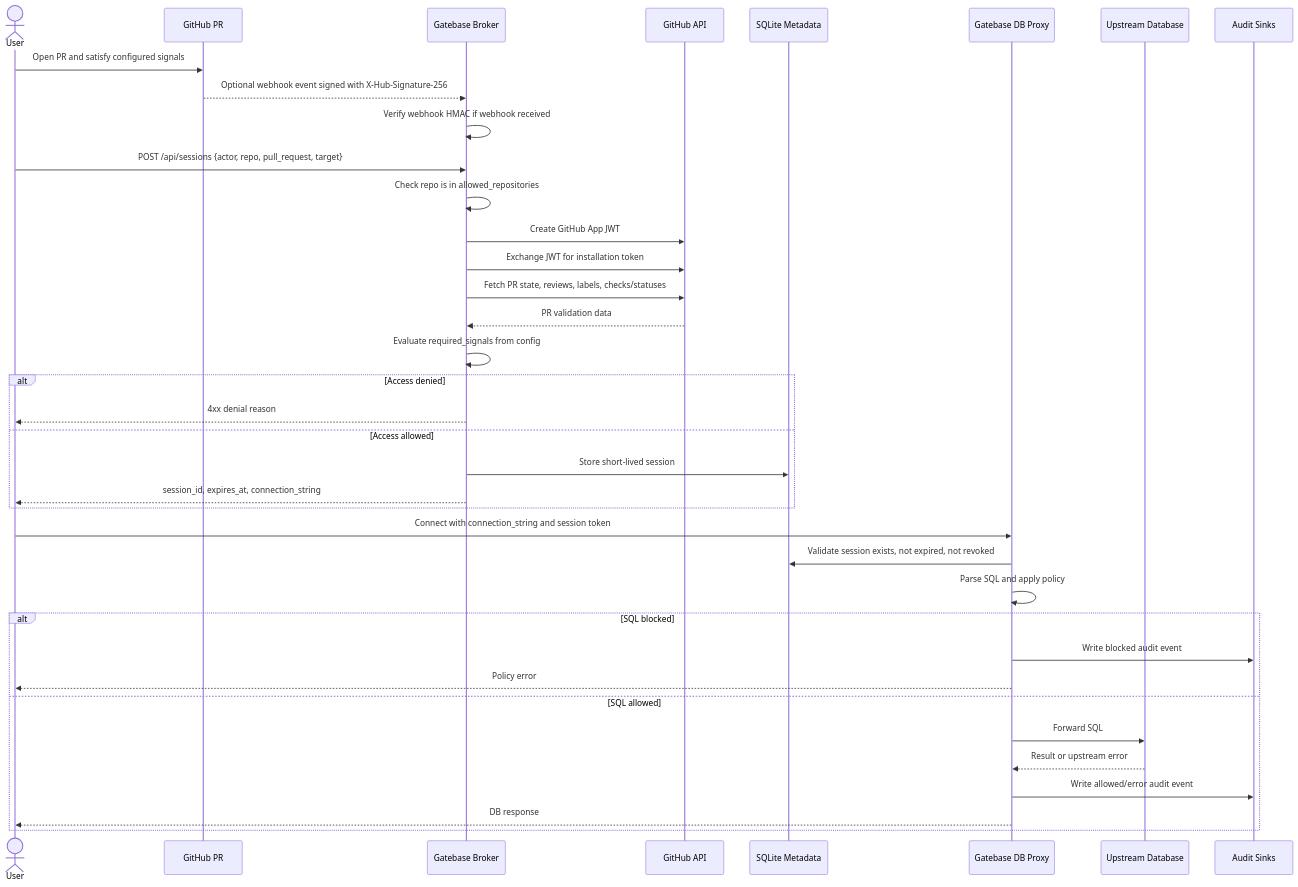
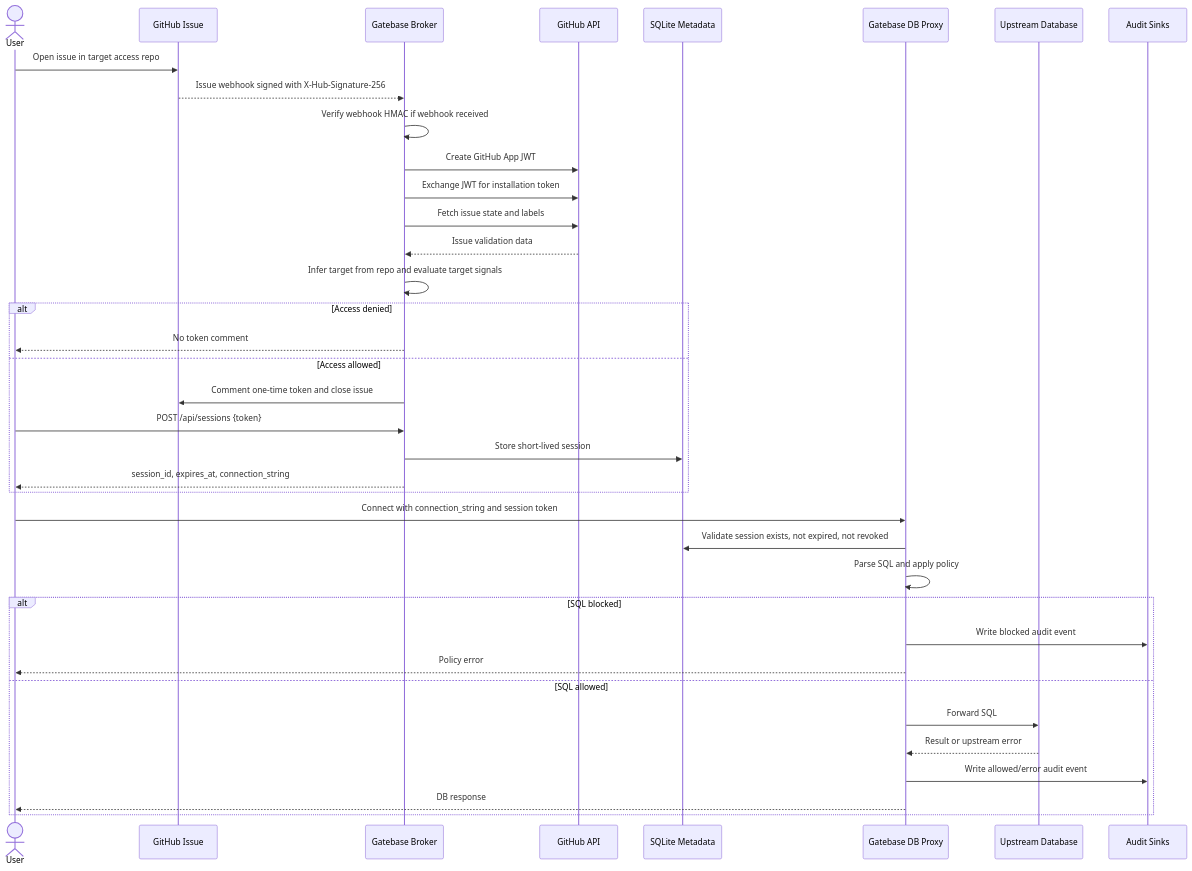
Before and after one commit to ter-net-in/gatebase: the second of 3 diagrams in docs/vps-setup.md, drawn with Mermaid. The commit also changed other lines of this file and 65 other files, not shown here.

First line of the commit message:
refactor(v0.2.0) access signal handling to use GitHub issues instead of pull requests

````diff
--- a/docs/vps-setup.md
+++ b/docs/vps-setup.md
@@ -59,44 +59,43 @@
 ```mermaid
 sequenceDiagram
     actor User
-    participant GitHub as GitHub PR
+    participant GitHub as GitHub Issue
     participant Broker as Gatebase Broker
     participant GHAPI as GitHub API
     participant SQLite as SQLite Metadata
     participant Proxy as Gatebase DB Proxy
     participant DB as Upstream Database
     participant Audit as Audit Sinks
 
-    User->>GitHub: Open PR and satisfy configured signals
-    GitHub-->>Broker: Optional webhook event signed with X-Hub-Signature-256
+    User->>GitHub: Open issue in target access repo
+    GitHub-->>Broker: Issue webhook signed with X-Hub-Signature-256
     Broker->>Broker: Verify webhook HMAC if webhook received
-
-    User->>Broker: POST /api/sessions {actor, repo, pull_request, target}
-    Broker->>Broker: Check repo is in allowed_repositories
     Broker->>GHAPI: Create GitHub App JWT
     Broker->>GHAPI: Exchange JWT for installation token
-    Broker->>GHAPI: Fetch PR state, reviews, labels, checks/statuses
-    GHAPI-->>Broker: PR validation data
-    Broker->>Broker: Evaluate required_signals from config
+    Broker->>GHAPI: Fetch issue state and labels
+    GHAPI-->>Broker: Issue validation data
+    Broker->>Broker: Infer target from repo and evaluate target signals
 
     alt Access denied
-        Broker-->>User: 4xx denial reason
+        Broker-->>User: No token comment
     else Access allowed
+        Broker->>GitHub: Comment one-time token and close issue
+        User->>Broker: POST /api/sessions {token}
         Broker->>SQLite: Store short-lived session
         Broker-->>User: session_id, expires_at, connection_string
     end
 
     User->>Proxy: Connect with connection_string and session token
     Proxy->>SQLite: Validate session exists, not expired, not revoked
     Proxy->>Proxy: Parse SQL and apply policy
 
     alt SQL blocked
         Proxy->>Audit: Write blocked audit event
         Proxy-->>User: Policy error
     else SQL allowed
         Proxy->>DB: Forward SQL
         DB-->>Proxy: Result or upstream error
         Proxy->>Audit: Write allowed/error audit event
         Proxy-->>User: DB response
     end
 ```
````
